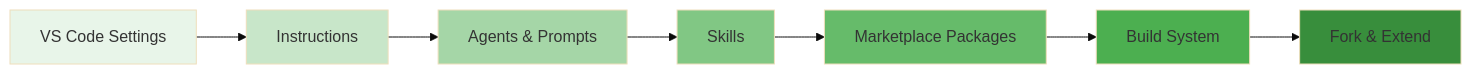
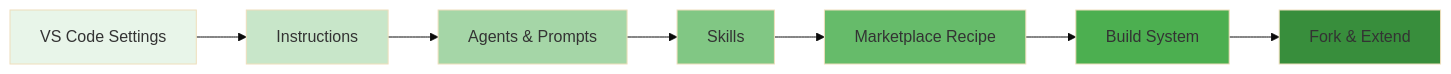
Before and after one commit to microsoft/hve-core: the diagram in docs/customization/README.md, drawn with Mermaid (base theme). The commit also changed other lines of this file and 134 other files, not shown here.

````diff
--- a/docs/customization/README.md
+++ b/docs/customization/README.md
@@ -38,17 +38,17 @@
 ```mermaid
 graph LR
     A["VS Code Settings"] --> B["Instructions"]
     B --> C["Agents & Prompts"]
     C --> D["Skills"]
-    D --> E["Marketplace Packages"]
+    D --> E["Marketplace Recipe"]
     E --> F["Build System"]
     F --> G["Fork & Extend"]
 
     style A fill:#e8f5e9
     style B fill:#c8e6c9
     style C fill:#a5d6a7
     style D fill:#81c784
     style E fill:#66bb6a
     style F fill:#4caf50
     style G fill:#388e3c
 ```
````
